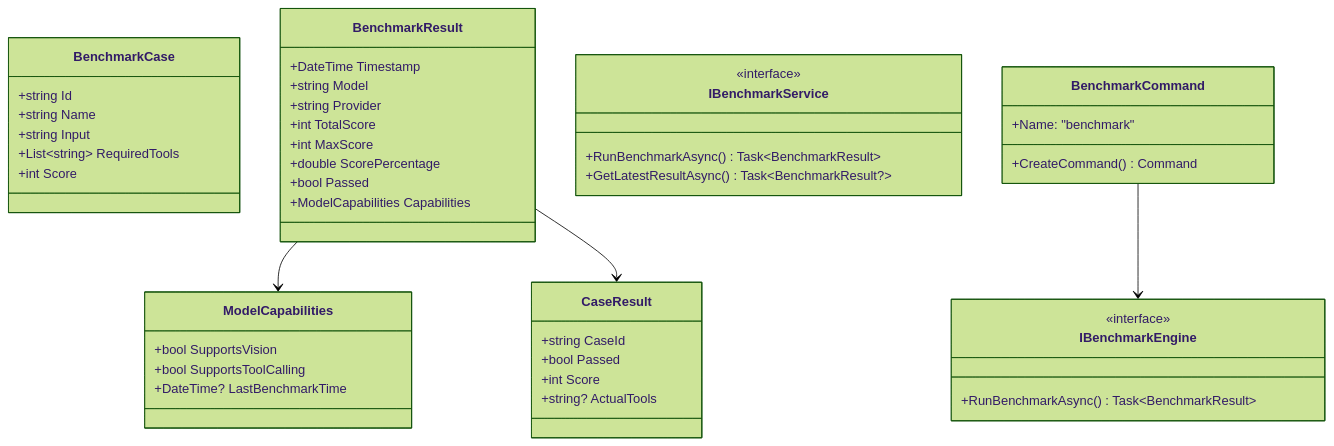
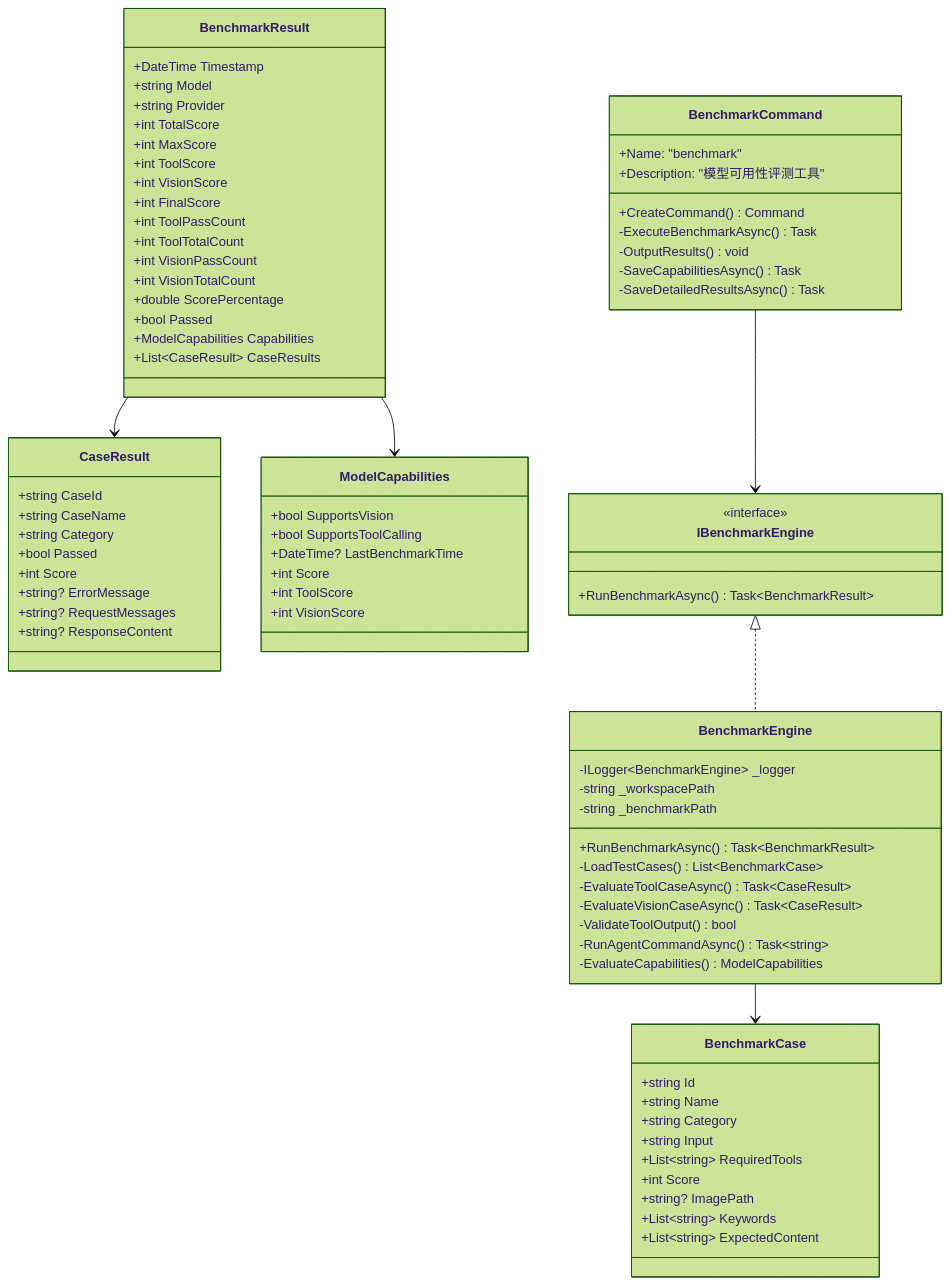
The first of 2 diagrams in doc.ai/solutions/design/Model-Benchmark.md (mbzcnet/NanoBot.Net), drawn with Mermaid (forest theme) before and after one commit. The commit also changed other lines of this file and 10 other files, not shown here.

````diff
--- a/doc.ai/solutions/design/Model-Benchmark.md
+++ b/doc.ai/solutions/design/Model-Benchmark.md
@@ -343,9 +402,13 @@
     class BenchmarkCase {
         +string Id
         +string Name
+        +string Category
         +string Input
         +List~string~ RequiredTools
         +int Score
+        +string? ImagePath
+        +List~string~ Keywords
+        +List~string~ ExpectedContent
     }
 
     class BenchmarkResult {
@@ -354,22 +417,37 @@
         +string Provider
         +int TotalScore
         +int MaxScore
+        +int ToolScore
+        +int VisionScore
+        +int FinalScore
+        +int ToolPassCount
+        +int ToolTotalCount
+        +int VisionPassCount
+        +int VisionTotalCount
         +double ScorePercentage
         +bool Passed
         +ModelCapabilities Capabilities
+        +List~CaseResult~ CaseResults
     }
 
     class CaseResult {
         +string CaseId
+        +string CaseName
+        +string Category
         +bool Passed
         +int Score
-        +string? ActualTools
+        +string? ErrorMessage
+        +string? RequestMessages
+        +string? ResponseContent
     }
 
     class ModelCapabilities {
         +bool SupportsVision
         +bool SupportsToolCalling
         +DateTime? LastBenchmarkTime
+        +int Score
+        +int ToolScore
+        +int VisionScore
     }
 
     class IBenchmarkEngine {
@@ -377,18 +455,32 @@
         +RunBenchmarkAsync() Task~BenchmarkResult~
     }
 
-    class IBenchmarkService {
-        <<interface>>
+    class BenchmarkEngine {
+        -ILogger~BenchmarkEngine~ _logger
+        -string _workspacePath
+        -string _benchmarkPath
         +RunBenchmarkAsync() Task~BenchmarkResult~
-        +GetLatestResultAsync() Task~BenchmarkResult?~
+        -LoadTestCases() List~BenchmarkCase~
+        -EvaluateToolCaseAsync() Task~CaseResult~
+        -EvaluateVisionCaseAsync() Task~CaseResult~
+        -ValidateToolOutput() bool
+        -RunAgentCommandAsync() Task~string~
+        -EvaluateCapabilities() ModelCapabilities
     }
 
     class BenchmarkCommand {
         +Name: "benchmark"
+        +Description: "模型可用性评测工具"
         +CreateCommand() Command
+        -ExecuteBenchmarkAsync() Task
+        -OutputResults() void
+        -SaveCapabilitiesAsync() Task
+        -SaveDetailedResultsAsync() Task
     }
 
     BenchmarkResult --> ModelCapabilities
     BenchmarkResult --> CaseResult
     BenchmarkCommand --> IBenchmarkEngine
+    IBenchmarkEngine <|.. BenchmarkEngine
+    BenchmarkEngine --> BenchmarkCase
 ```
````
